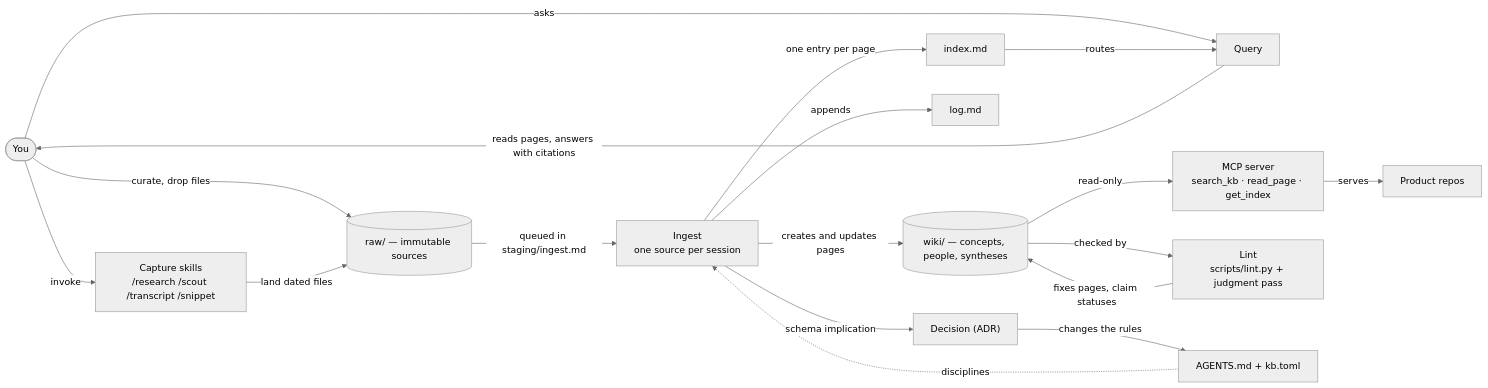
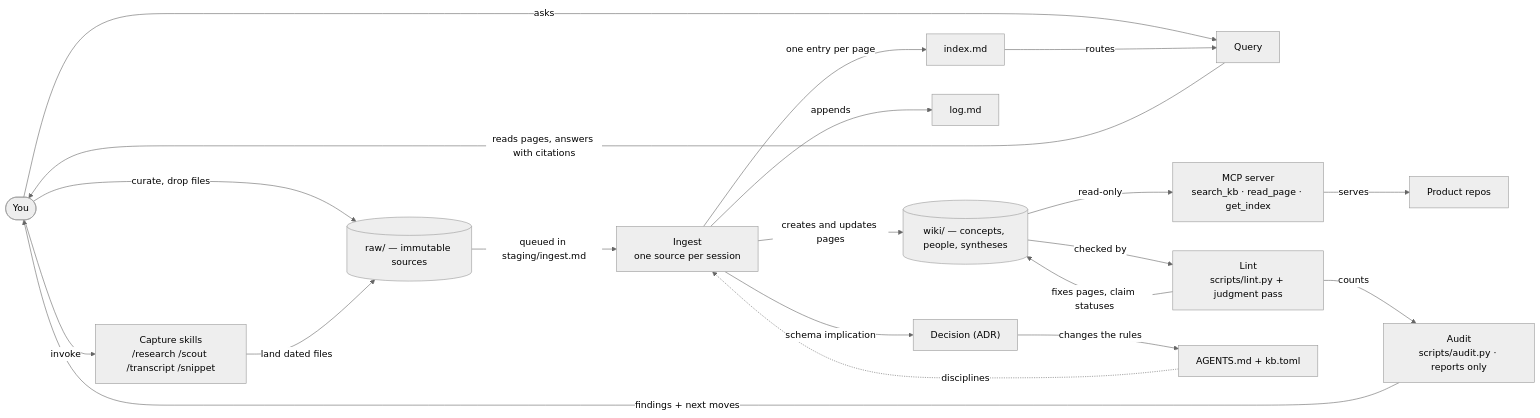
The diagram in architecture/The Machinery.md (LukeMainwaring/mycoforge), drawn with Mermaid (neutral theme) before and after one commit. The commit also changed other lines of this file and 1 other file, not shown here.

Commit message:
architecture: The Machinery gains /audit

````diff
--- a/architecture/The Machinery.md
+++ b/architecture/The Machinery.md
@@ -37,20 +38,22 @@
 ```mermaid
 flowchart LR
     user([You]) -->|curate, drop files| raw[("raw/ — immutable sources")]
     capture["Capture skills<br/>/research /scout /transcript /snippet"] -->|land dated files| raw
     user -->|invoke| capture
     raw -->|queued in staging/ingest.md| ingest["Ingest<br/>one source per session"]
     ingest -->|creates and updates pages| wiki[("wiki/ — concepts, people, syntheses")]
     ingest -->|one entry per page| index["index.md"]
     ingest -->|appends| log["log.md"]
     user -->|asks| query["Query"]
     index -->|routes| query
     query -->|reads pages, answers with citations| user
     wiki -->|read-only| mcp["MCP server<br/>search_kb · read_page · get_index"]
     mcp -->|serves| software["Product repos"]
     lint["Lint<br/>scripts/lint.py + judgment pass"] -->|fixes pages, claim statuses| wiki
     wiki -->|checked by| lint
+    lint -->|counts| audit["Audit<br/>scripts/audit.py · reports only"]
+    audit -->|findings + next moves| user
     ingest -->|schema implication| decision["Decision (ADR)"]
     decision -->|changes the rules| schema["AGENTS.md + kb.toml"]
     schema -.->|disciplines| ingest
 ```
````
